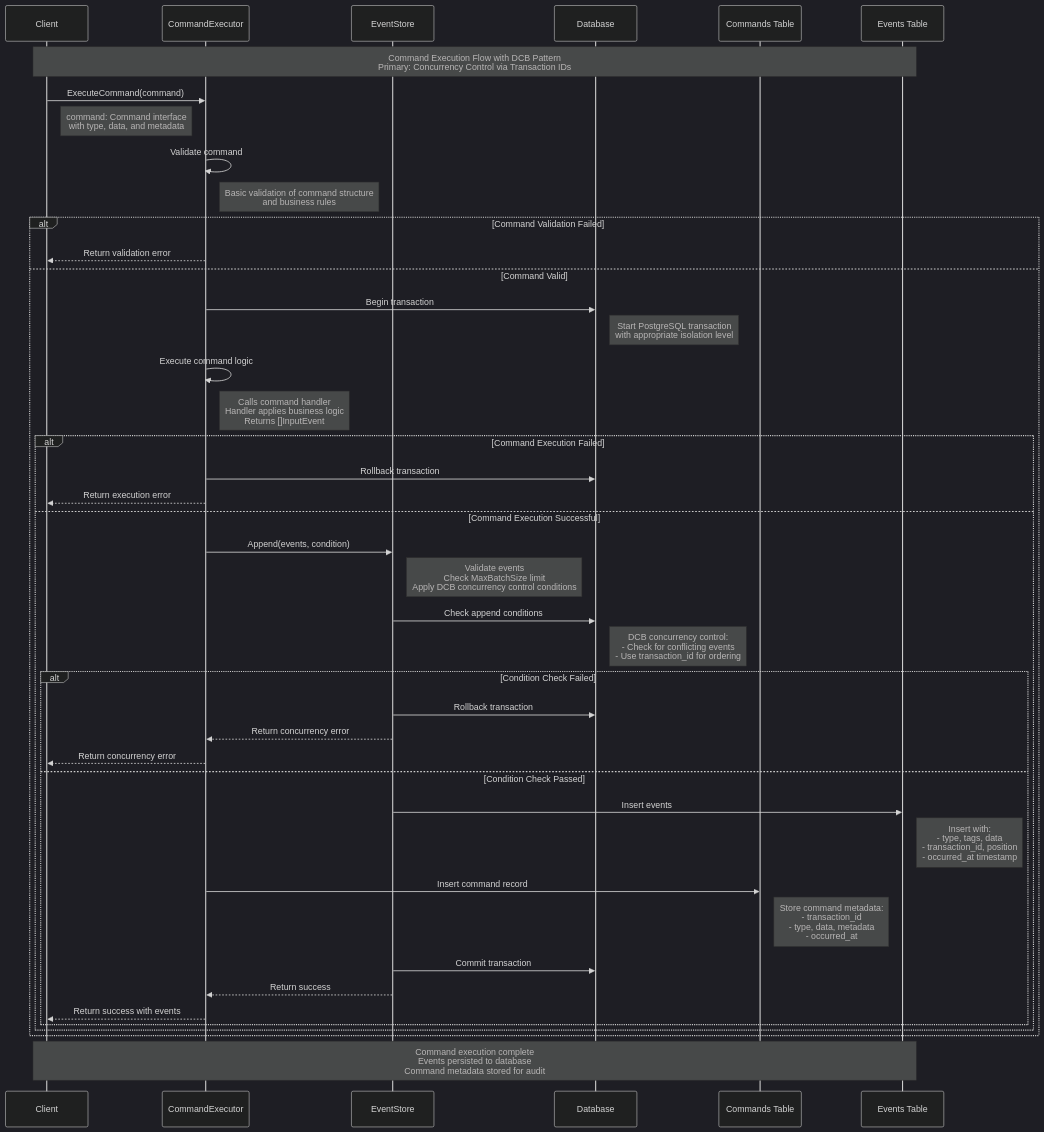
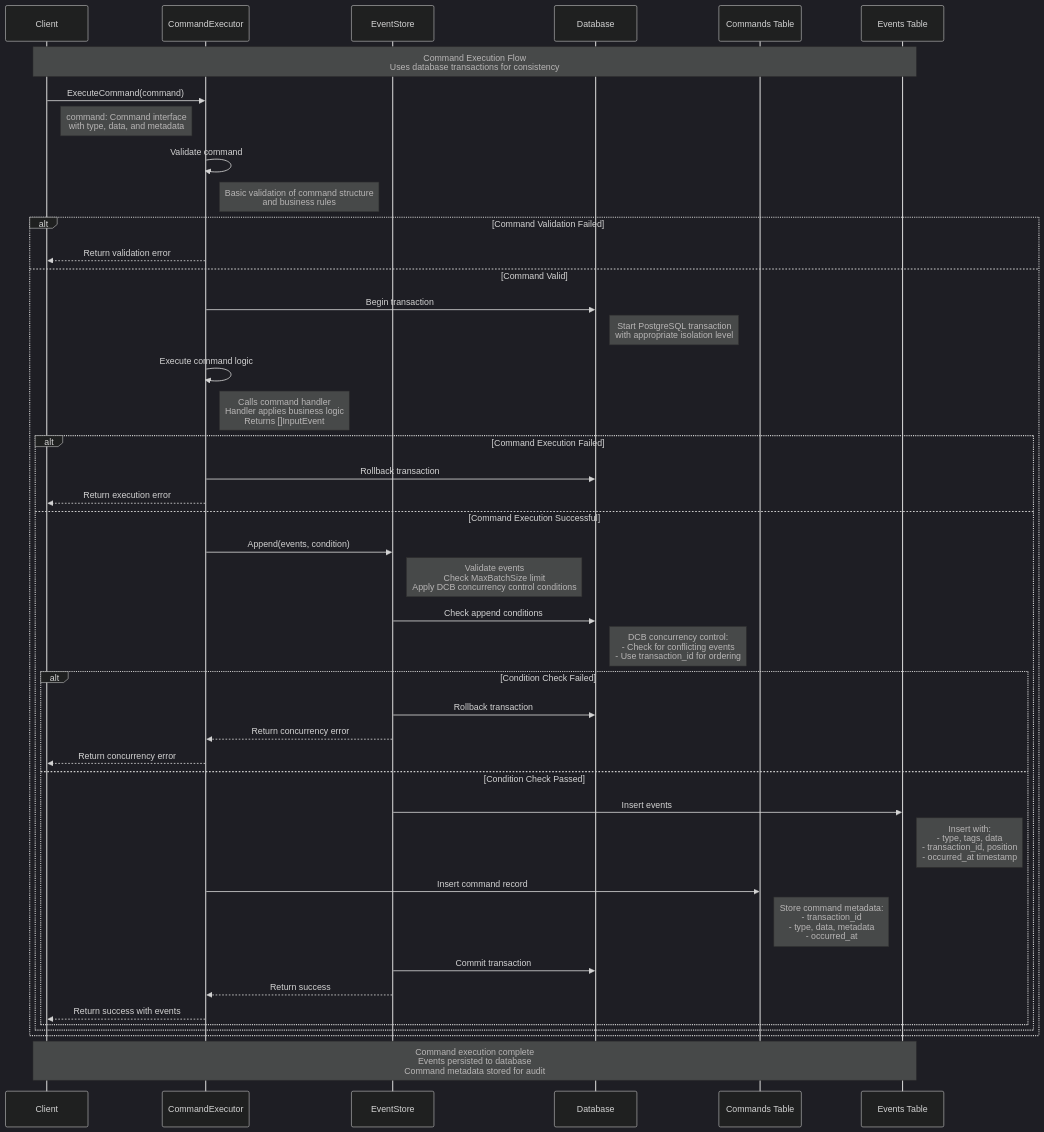
Before and after one commit to rodolfodpk/go-crablet: the diagram in docs/command-execution-flow.md, drawn with Mermaid (dark theme). The commit also changed other lines of this file and 1 other file, not shown here.

First line of the commit message:
docs: improve clarity by removing jargon from CommandExecutor descriptions

````diff
--- a/docs/command-execution-flow.md
+++ b/docs/command-execution-flow.md
@@ -7,57 +7,57 @@
 ```mermaid
 sequenceDiagram
     participant Client
     participant CommandExecutor
     participant EventStore
     participant Database
     participant Commands Table
     participant Events Table
 
-    Note over Client, Events Table: Command Execution Flow with DCB Pattern<br/>Primary: Concurrency Control via Transaction IDs
+    Note over Client, Events Table: Command Execution Flow<br/>Uses database transactions for consistency
 
     Client->>CommandExecutor: ExecuteCommand(command)
     Note right of Client: command: Command interface<br/>with type, data, and metadata
 
     CommandExecutor->>CommandExecutor: Validate command
     Note right of CommandExecutor: Basic validation of command structure<br/>and business rules
 
     alt Command Validation Failed
         CommandExecutor-->>Client: Return validation error
     else Command Valid
         CommandExecutor->>Database: Begin transaction
         Note right of Database: Start PostgreSQL transaction<br/>with appropriate isolation level
 
         CommandExecutor->>CommandExecutor: Execute command logic
         Note right of CommandExecutor: Calls command handler<br/>Handler applies business logic<br/>Returns []InputEvent
 
         alt Command Execution Failed
             CommandExecutor->>Database: Rollback transaction
             CommandExecutor-->>Client: Return execution error
         else Command Execution Successful
             CommandExecutor->>EventStore: Append(events, condition)
             Note right of EventStore: Validate events<br/>Check MaxBatchSize limit<br/>Apply DCB concurrency control conditions
 
             EventStore->>Database: Check append conditions
             Note right of Database: DCB concurrency control:<br/>- Check for conflicting events<br/>- Use transaction_id for ordering
 
             alt Condition Check Failed
                 EventStore->>Database: Rollback transaction
                 EventStore-->>CommandExecutor: Return concurrency error
                 CommandExecutor-->>Client: Return concurrency error
             else Condition Check Passed
                 EventStore->>Events Table: Insert events
                 Note right of Events Table: Insert with:<br/>- type, tags, data<br/>- transaction_id, position<br/>- occurred_at timestamp
 
                 CommandExecutor->>Commands Table: Insert command record
                 Note right of Commands Table: Store command metadata:<br/>- transaction_id<br/>- type, data, metadata<br/>- occurred_at
 
                 EventStore->>Database: Commit transaction
                 EventStore-->>CommandExecutor: Return success
 
                 CommandExecutor-->>Client: Return success with events
             end
         end
     end
 
     Note over Client, Events Table: Command execution complete<br/>Events persisted to database<br/>Command metadata stored for audit
 ```
````
